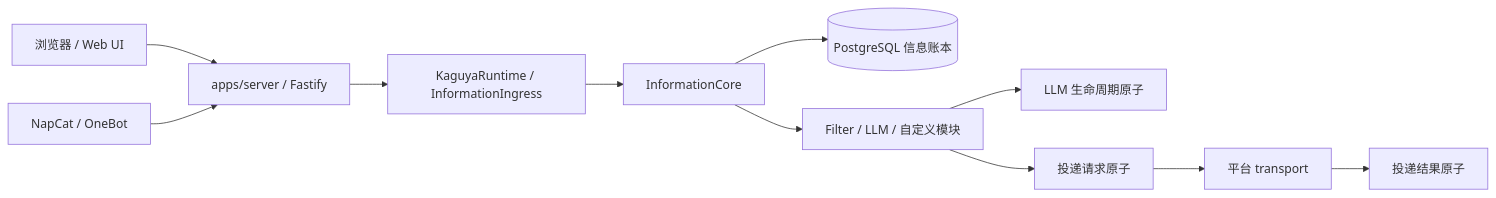
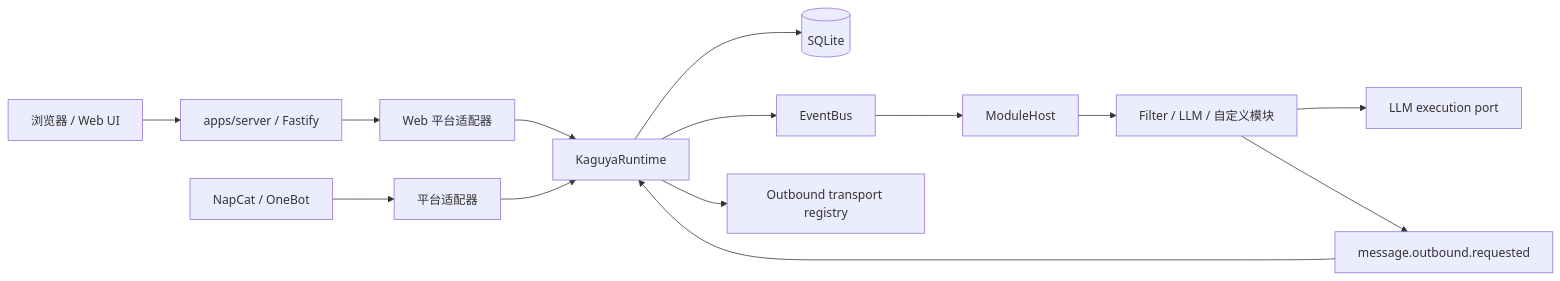
One commit to posanbu/Kaguya changed the first of 2 diagrams in docs/developers/architecture.md. Above: the diagram before and after it, drawn with Mermaid. The commit also changed other lines of this file and 18 other files, not shown here.

Commit message:
docs: fill out design user and architecture guides (#59)

````diff
--- a/docs/developers/architecture.md
+++ b/docs/developers/architecture.md
@@ -14,13 +14,16 @@
 ```mermaid
 flowchart LR
   Browser[浏览器 / Web UI] --> Server[apps/server / Fastify]
-  NapCat[NapCat / OneBot] --> Server
-  Server --> Runtime[KaguyaRuntime / InformationIngress]
-  Runtime --> Core[InformationCore]
-  Core --> Ledger[(PostgreSQL 信息账本)]
-  Core --> Modules[Filter / LLM / 自定义模块]
-  Modules --> LLM[LLM 生命周期原子]
-  Modules --> Delivery[投递请求原子]
-  Delivery --> Transport[平台 transport]
-  Transport --> Receipt[投递结果原子]
+  NapCat[NapCat / OneBot] --> Adapter[平台适配器]
+  Server --> WebAdapter[Web 平台适配器]
+  WebAdapter --> Runtime[KaguyaRuntime]
+  Adapter --> Runtime
+  Runtime --> DB[(SQLite)]
+  Runtime --> Bus[EventBus]
+  Bus --> Host[ModuleHost]
+  Host --> Modules[Filter / LLM / 自定义模块]
+  Modules --> LLM[LLM execution port]
+  Modules --> Outbound[message.outbound.requested]
+  Outbound --> Runtime
+  Runtime --> Transport[Outbound transport registry]
 ```
````
